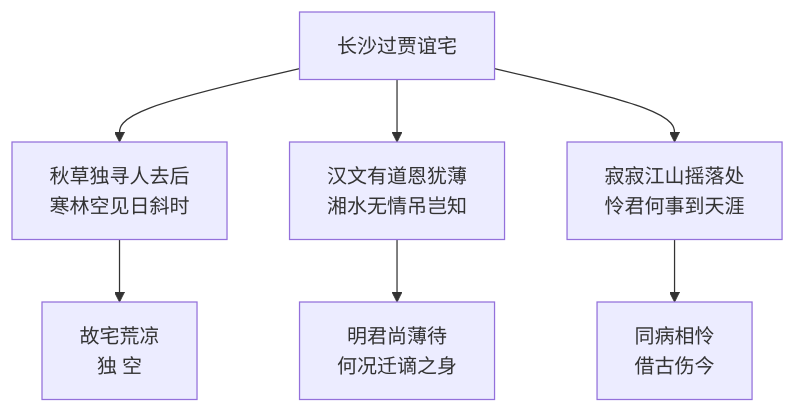
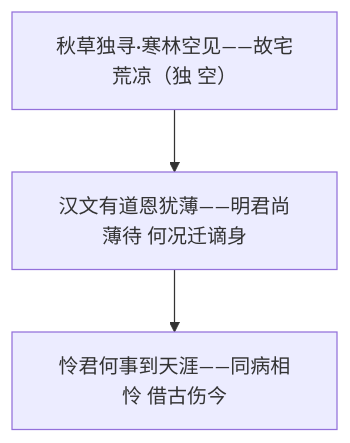
Before and after one commit to moirakk/beijing-study-portal: the second of 4 diagrams in content/chinese/grade9-1/ch3/t6/note.md, drawn with Mermaid. The commit also changed other lines of this file and 30 other files, not shown here.

````diff
--- a/content/chinese/grade9-1/ch3/t6/note.md
+++ b/content/chinese/grade9-1/ch3/t6/note.md
@@ -29,9 +25,5 @@
 ```mermaid
 flowchart TD
-    A[长沙过贾谊宅] --> B[秋草独寻人去后<br/>寒林空见日斜时]
-    B --> C[故宅荒凉<br/>独 空]
-    A --> D[汉文有道恩犹薄<br/>湘水无情吊岂知]
-    D --> E[明君尚薄待<br/>何况迁谪之身]
-    A --> F[寂寂江山摇落处<br/>怜君何事到天涯]
-    F --> G[同病相怜<br/>借古伤今]
+    A["秋草独寻·寒林空见——故宅荒凉（独 空）"] --> B[汉文有道恩犹薄——明君尚薄待 何况迁谪身]
+    B --> C[怜君何事到天涯——同病相怜 借古伤今]
 ```
````
